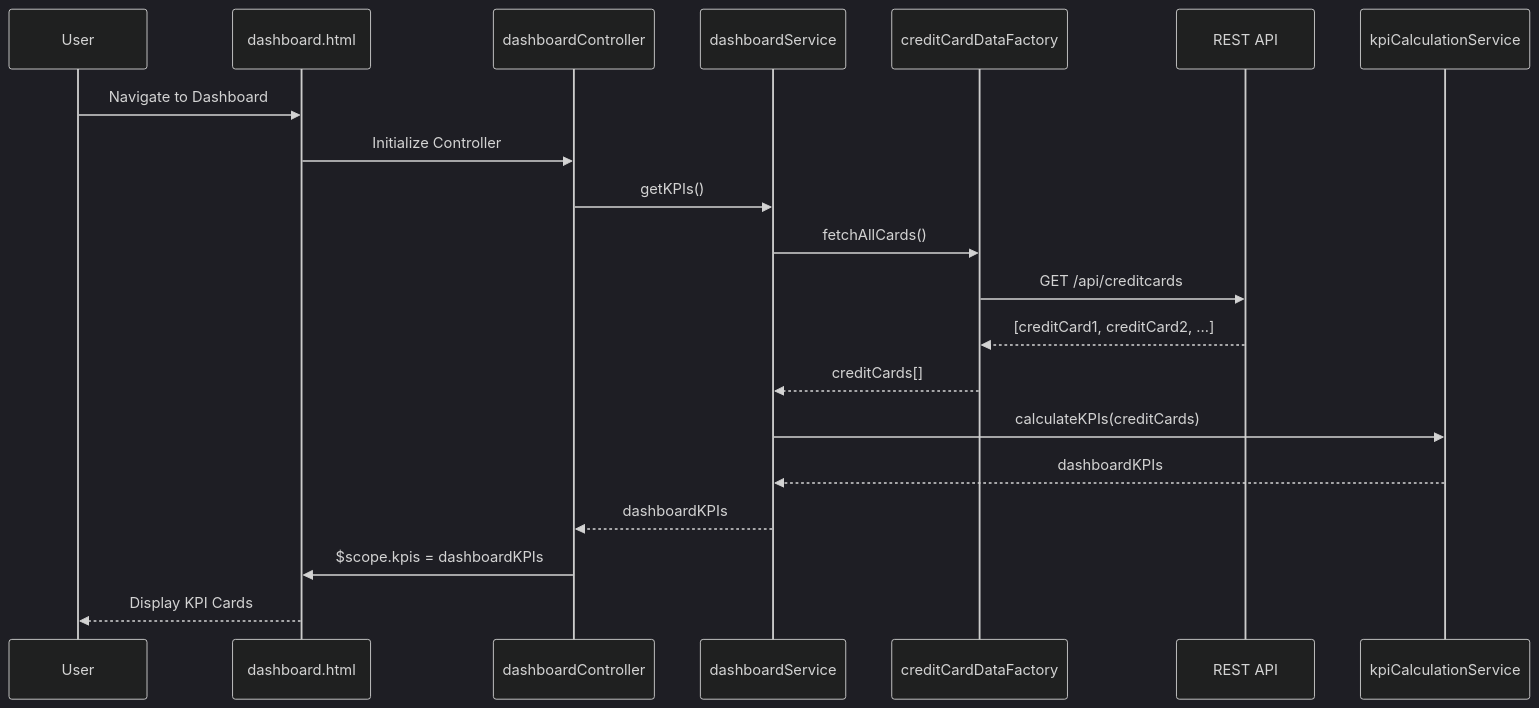
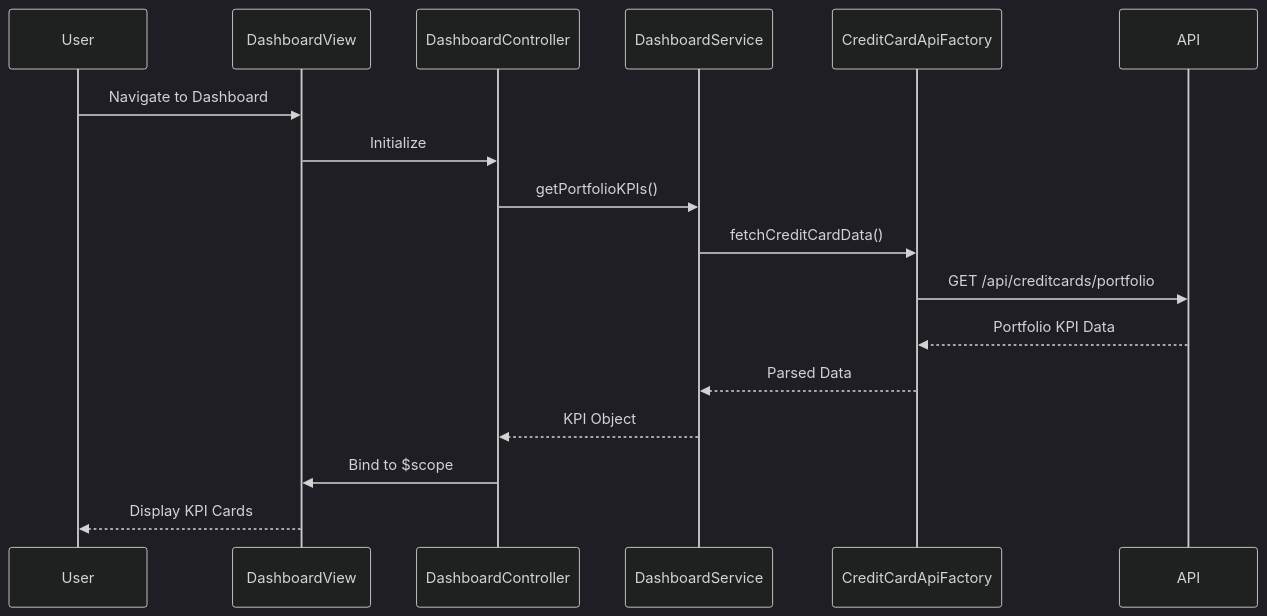
One commit to Davamani-git/APB_Demo changed the diagram in LLD/QE-4628_LLD.md. Above: the diagram before and after it, drawn with Mermaid (dark theme). The commit also changed other lines of this file and 2 other files, not shown here.

````diff
--- a/LLD/QE-4628_LLD.md
+++ b/LLD/QE-4628_LLD.md
@@ -90,23 +67,20 @@
 ```mermaid
 sequenceDiagram
     participant User
-    participant View as dashboard.html
-    participant Ctrl as dashboardController
-    participant DS as dashboardService
-    participant Factory as creditCardDataFactory
-    participant API as REST API
-    participant KPI as kpiCalculationService
+    participant DashboardView
+    participant DashboardController
+    participant DashboardService
+    participant CreditCardApiFactory
+    participant API
 
-    User->>View: Navigate to Dashboard
-    View->>Ctrl: Initialize Controller
-    Ctrl->>DS: getKPIs()
-    DS->>Factory: fetchAllCards()
-    Factory->>API: GET /api/creditcards
-    API-->>Factory: [creditCard1, creditCard2, ...]
-    Factory-->>DS: creditCards[]
-    DS->>KPI: calculateKPIs(creditCards)
-    KPI-->>DS: dashboardKPIs
-    DS-->>Ctrl: dashboardKPIs
-    Ctrl->>View: $scope.kpis = dashboardKPIs
-    View-->>User: Display KPI Cards
+    User->>DashboardView: Navigate to Dashboard
+    DashboardView->>DashboardController: Initialize
+    DashboardController->>DashboardService: getPortfolioKPIs()
+    DashboardService->>CreditCardApiFactory: fetchCreditCardData()
+    CreditCardApiFactory->>API: GET /api/creditcards/portfolio
+    API-->>CreditCardApiFactory: Portfolio KPI Data
+    CreditCardApiFactory-->>DashboardService: Parsed Data
+    DashboardService-->>DashboardController: KPI Object
+    DashboardController->>DashboardView: Bind to $scope
+    DashboardView-->>User: Display KPI Cards
 ```
````
